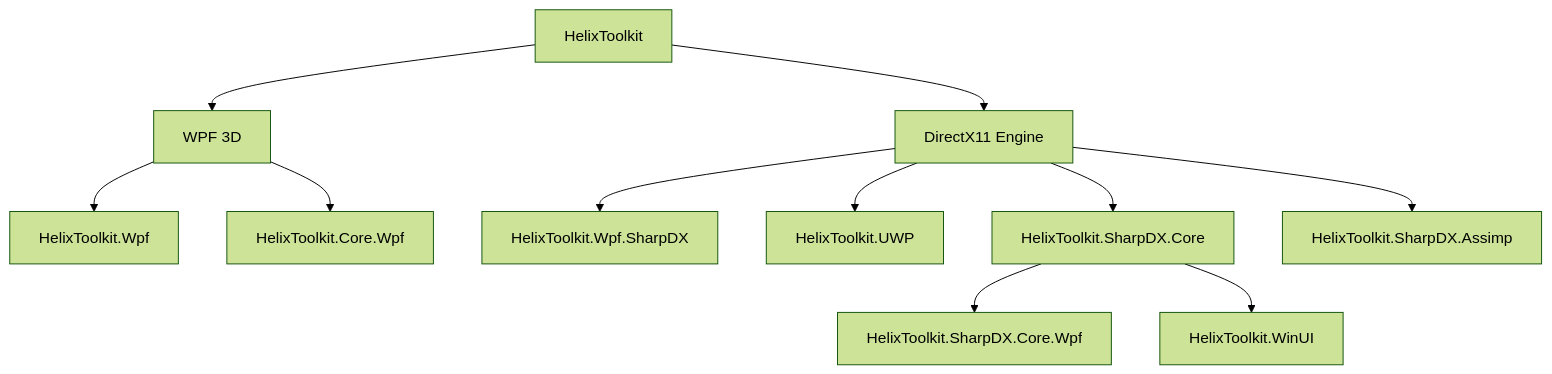
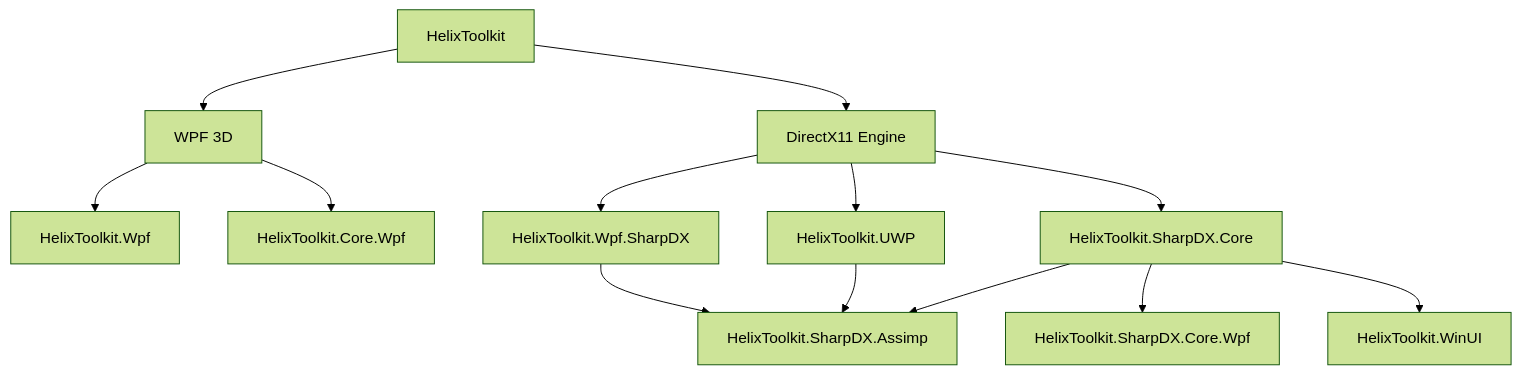
Before and after one commit to helix-toolkit/helix-toolkit: the diagram in README.md, drawn with Mermaid (forest theme).

````diff
--- a/README.md
+++ b/README.md
@@ -74,13 +74,15 @@
 ```mermaid
 graph TD
     hx[HelixToolkit] --> wpfdx9[WPF 3D]
     hx --> dx11[DirectX11 Engine]
     wpfdx9 --> hxWpf[HelixToolkit.Wpf]
     wpfdx9 --> hxCoreWpf[HelixToolkit.Core.Wpf]
     dx11 --> hxSharpDX[HelixToolkit.Wpf.SharpDX]
     dx11 --> hxUWP[HelixToolkit.UWP]
     dx11 --> hxCore[HelixToolkit.SharpDX.Core]
     hxCore --> hxWinUI[HelixToolkit.SharpDX.Core.Wpf]
     hxCore --> hxSharpDXCoreWpf[HelixToolkit.WinUI]
-    dx11 --> hxAssimp[HelixToolkit.SharpDX.Assimp]
+    hxSharpDX --> hxAssimp[HelixToolkit.SharpDX.Assimp]
+    hxUWP --> hxAssimp
+    hxCore --> hxAssimp
 ```
````
